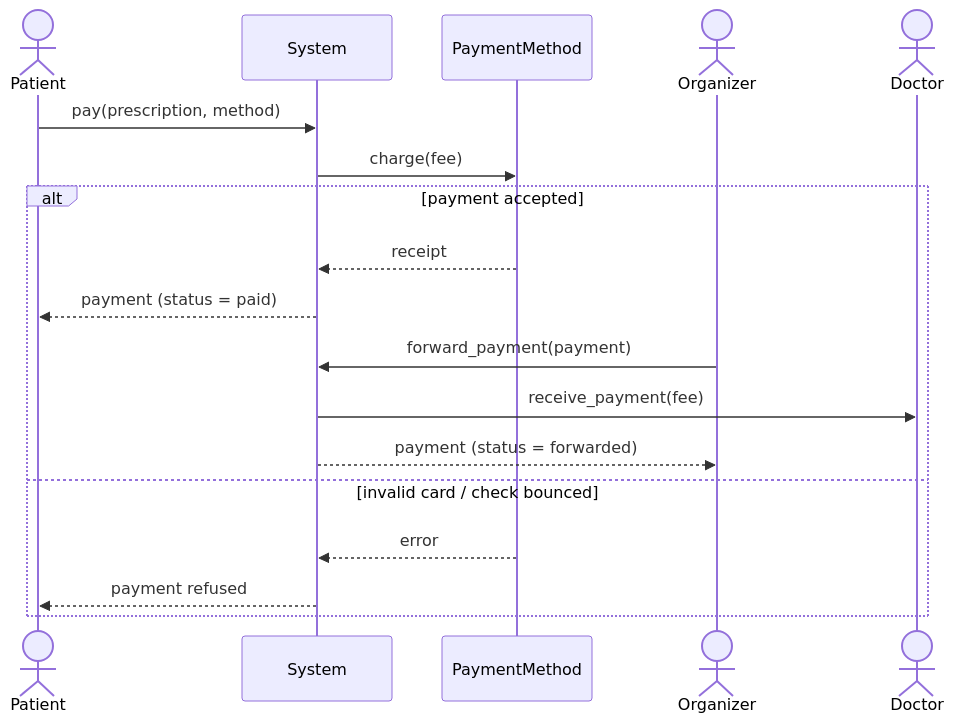
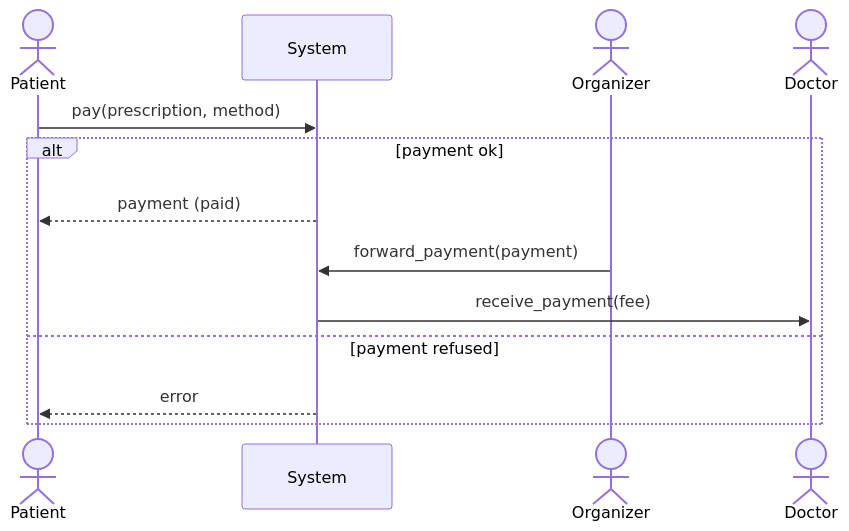
Before and after one commit to mathislepoutre1/oop-python-exercises: the seventh of 7 diagrams in 04-uml/hospital/README.md, drawn with Mermaid. The commit also changed other lines of this file and 8 other files, not shown here.

````diff
--- a/04-uml/hospital/README.md
+++ b/04-uml/hospital/README.md
@@ -260,20 +233,15 @@
 ```mermaid
 sequenceDiagram
     actor P as Patient
     participant S as System
-    participant M as PaymentMethod
     actor O as Organizer
     actor D as Doctor
     P->>S: pay(prescription, method)
-    S->>M: charge(fee)
-    alt payment accepted
-        M-->>S: receipt
-        S-->>P: payment (status = paid)
+    alt payment ok
+        S-->>P: payment (paid)
         O->>S: forward_payment(payment)
         S->>D: receive_payment(fee)
-        S-->>O: payment (status = forwarded)
-    else invalid card / check bounced
-        M-->>S: error
-        S-->>P: payment refused
+    else payment refused
+        S-->>P: error
     end
 ```
````
